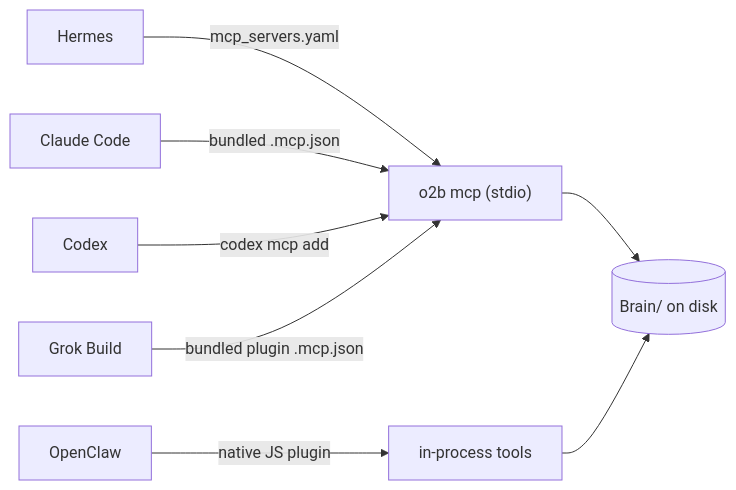
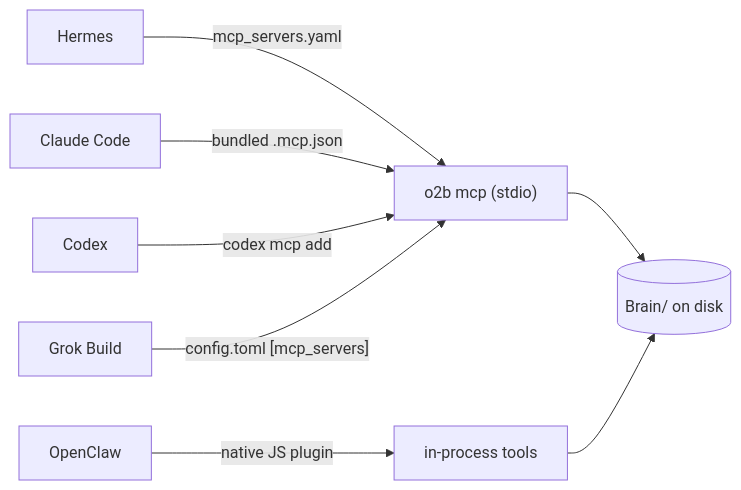
Before and after one commit to itechmeat/open-second-brain: the ninth of 12 diagrams in docs/how-it-works.md, drawn with Mermaid. The commit also changed other lines of this file and 17 other files, not shown here.

````diff
--- a/docs/how-it-works.md
+++ b/docs/how-it-works.md
@@ -670,10 +670,10 @@
 ```mermaid
 graph LR
     Hermes -- "mcp_servers.yaml" --> Stdio["o2b mcp (stdio)"]
     ClaudeCode["Claude Code"] -- "bundled .mcp.json" --> Stdio
     Codex -- "codex mcp add" --> Stdio
-    GrokBuild["Grok Build"] -- "bundled plugin .mcp.json" --> Stdio
+    GrokBuild["Grok Build"] -- "config.toml [mcp_servers]" --> Stdio
     OpenClaw -- "native JS plugin" --> InProc["in-process tools"]
     Stdio --> Vault[(Brain/ on disk)]
     InProc --> Vault
 ```
````
